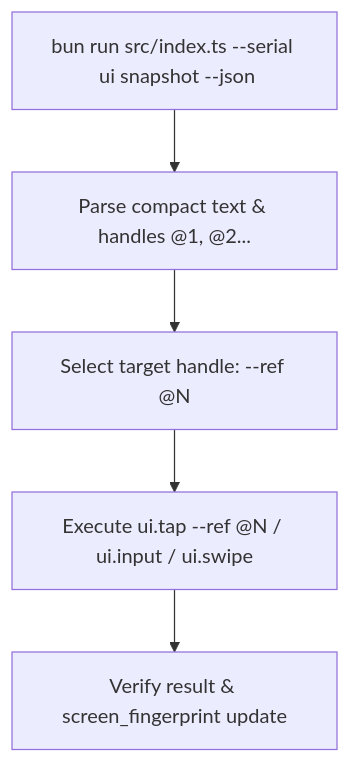
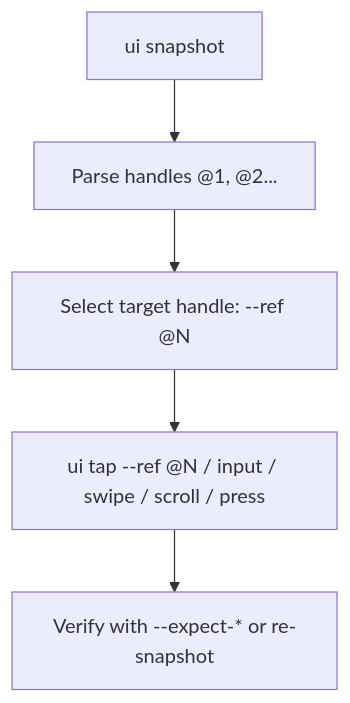
One commit to themikehage/u2ctl changed the diagram in u2bun/.agents/skills/u2bun/SKILL.md. Above: the diagram before and after it, drawn with Mermaid. The commit also changed other lines of this file and 28 other files, not shown here.

````diff
--- a/u2bun/.agents/skills/u2bun/SKILL.md
+++ b/u2bun/.agents/skills/u2bun/SKILL.md
@@ -95,7 +141,7 @@
 ```mermaid
 graph TD
-    A[bun run src/index.ts --serial <SERIAL> ui snapshot --json] --> B[Parse compact text & handles @1, @2...]
+    A[ui snapshot] --> B[Parse handles @1, @2...]
     B --> C[Select target handle: --ref @N]
-    C --> D[Execute ui.tap --ref @N / ui.input / ui.swipe]
-    D --> E[Verify result & screen_fingerprint update]
+    C --> D[ui tap --ref @N / input / swipe / scroll / press]
+    D --> E[Verify with --expect-* or re-snapshot]
 ```
````
